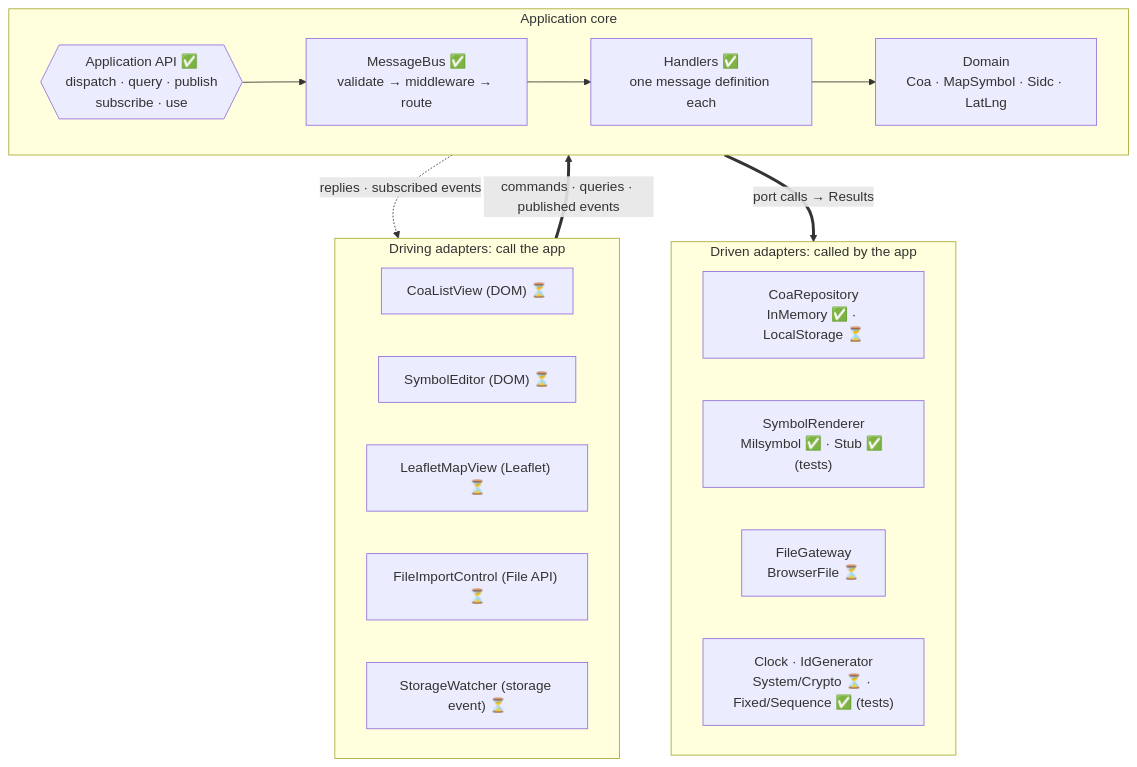
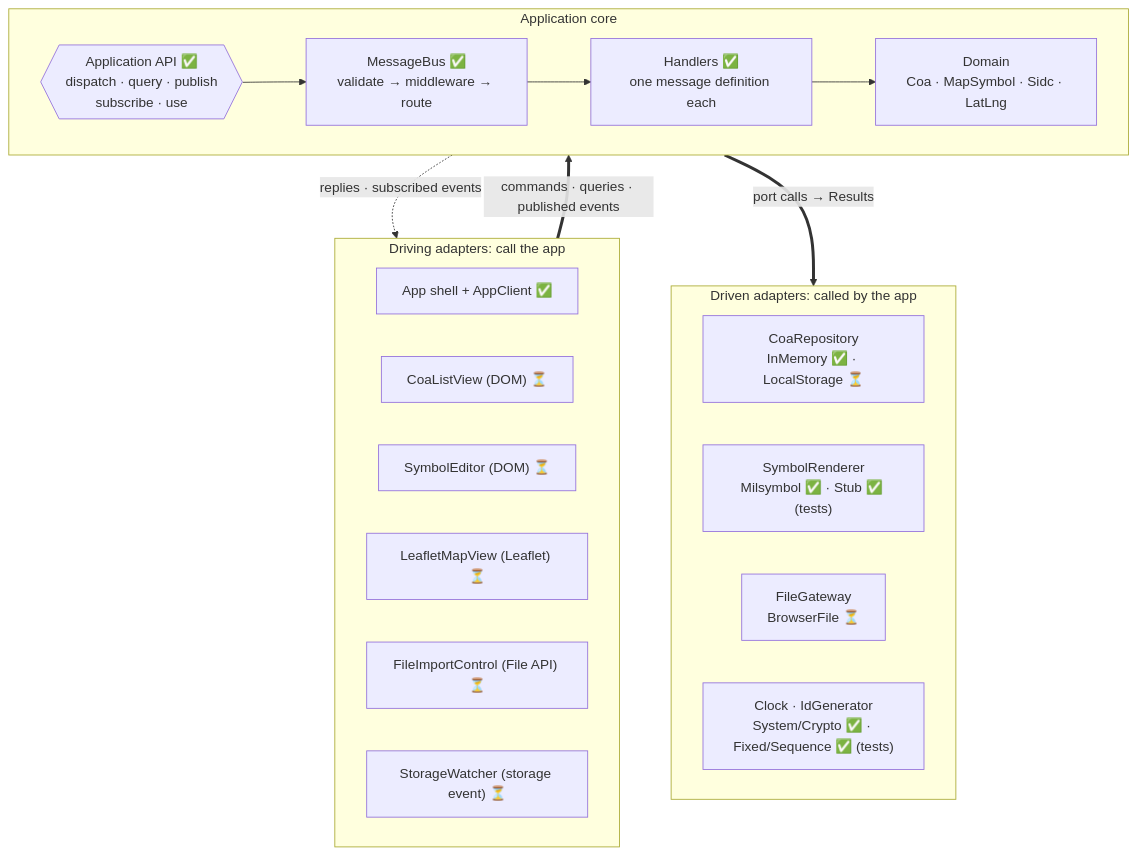
One commit to kentongoldthorpe/sidc changed the first of 9 diagrams in docs/ARCHITECTURE.md. Above: the diagram before and after it, drawn with Mermaid. The commit also changed other lines of this file and 9 other files, not shown here.

First line of the commit message:
COA-2.1 (part 2): app shell, in-browser test runner, real composition root

````diff
--- a/docs/ARCHITECTURE.md
+++ b/docs/ARCHITECTURE.md
@@ -16,32 +16,33 @@
 ```mermaid
 flowchart TB
   subgraph driving["Driving adapters: call the app"]
     direction LR
+    SHELL["App shell + AppClient ✅"]
     LIST["CoaListView (DOM) ⏳"]
     EDITOR["SymbolEditor (DOM) ⏳"]
     MAP["LeafletMapView (Leaflet) ⏳"]
     IMPORT["FileImportControl (File API) ⏳"]
     WATCH["StorageWatcher (storage event) ⏳"]
   end
 
   subgraph core["Application core"]
     direction LR
     API{{"Application API ✅<br/>dispatch · query · publish<br/>subscribe · use"}}
     BUS["MessageBus ✅<br/>validate → middleware → route"]
     HANDLERS["Handlers ✅<br/>one message definition each"]
     DOMAIN["Domain<br/>Coa · MapSymbol · Sidc · LatLng"]
     API --> BUS --> HANDLERS --> DOMAIN
   end
 
   subgraph driven["Driven adapters: called by the app"]
     direction LR
     REPO["CoaRepository<br/>InMemory ✅ · LocalStorage ⏳"]
     RENDER["SymbolRenderer<br/>Milsymbol ✅ · Stub ✅ (tests)"]
     FILES["FileGateway<br/>BrowserFile ⏳"]
-    SYS["Clock · IdGenerator<br/>System/Crypto ⏳ · Fixed/Sequence ✅ (tests)"]
+    SYS["Clock · IdGenerator<br/>System/Crypto ✅ · Fixed/Sequence ✅ (tests)"]
   end
 
   driving == "commands · queries · published events" ==> API
   API -. "replies · subscribed events" .-> driving
   HANDLERS == "port calls → Results" ==> driven
 ```
````
